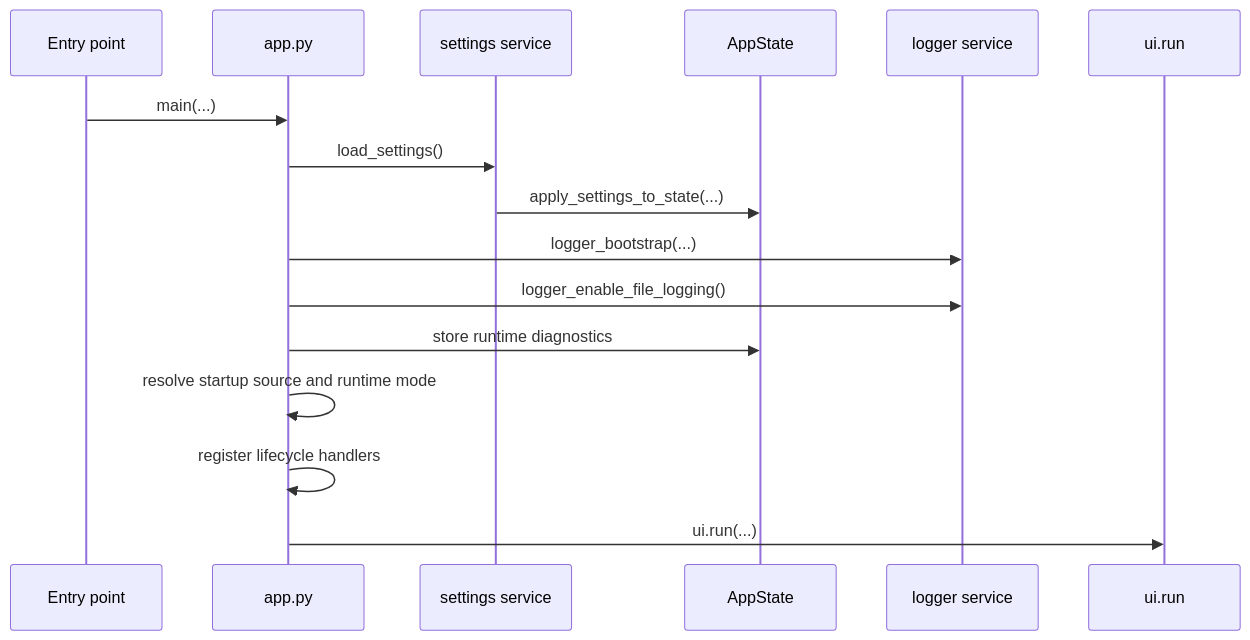
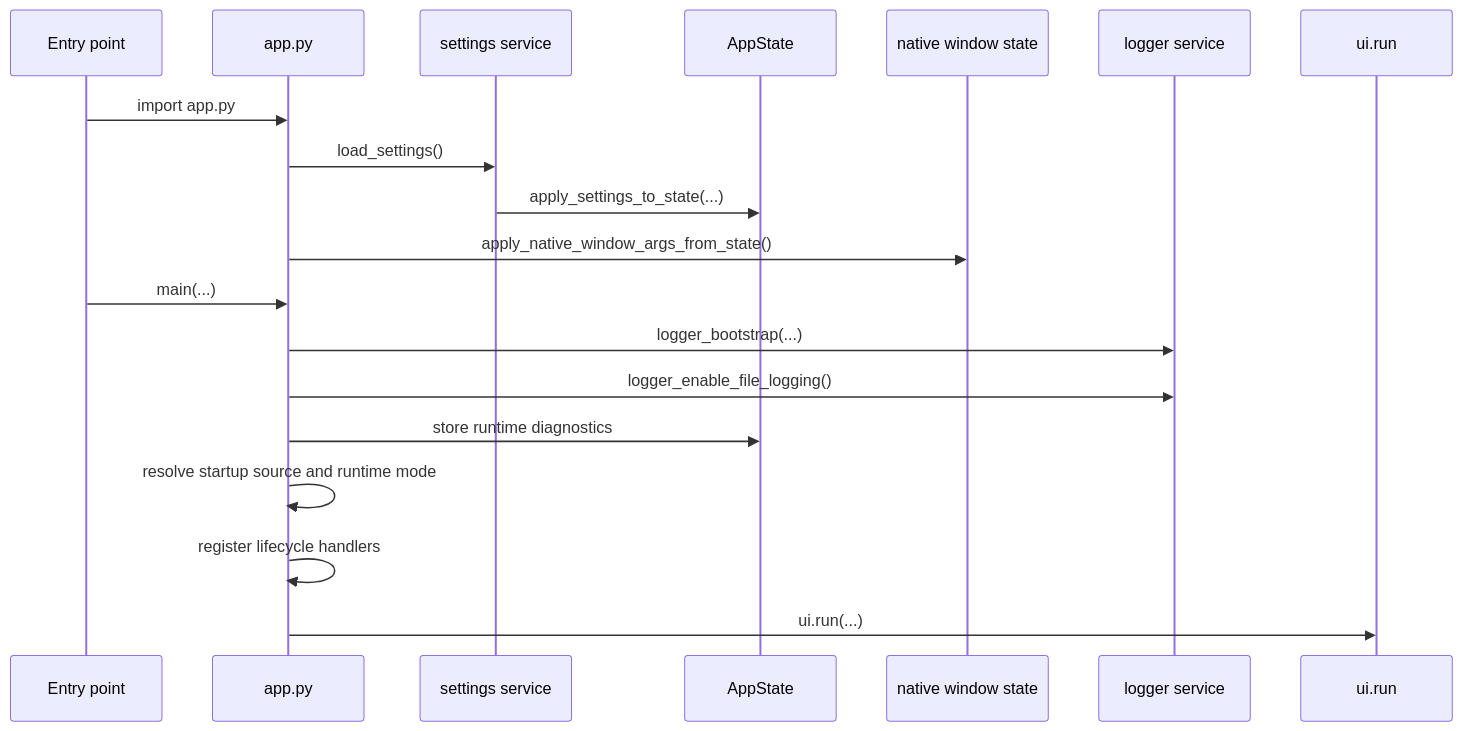
Before and after one commit to Fonze81/NiceGui-Windows-Base: the diagram in docs/execution_modes.md, drawn with Mermaid. The commit also changed other lines of this file and 17 other files, not shown here.

````diff
--- a/docs/execution_modes.md
+++ b/docs/execution_modes.md
@@ -49,19 +49,22 @@
 ```mermaid
 sequenceDiagram
     participant Entry as Entry point
     participant App as app.py
     participant Settings as settings service
     participant State as AppState
+    participant Native as native window state
     participant Logger as logger service
     participant NiceGUI as ui.run
 
-    Entry->>App: main(...)
+    Entry->>App: import app.py
     App->>Settings: load_settings()
     Settings->>State: apply_settings_to_state(...)
+    App->>Native: apply_native_window_args_from_state()
+    Entry->>App: main(...)
     App->>Logger: logger_bootstrap(...)
     App->>Logger: logger_enable_file_logging()
     App->>State: store runtime diagnostics
     App->>App: resolve startup source and runtime mode
     App->>App: register lifecycle handlers
     App->>NiceGUI: ui.run(...)
 ```
````
